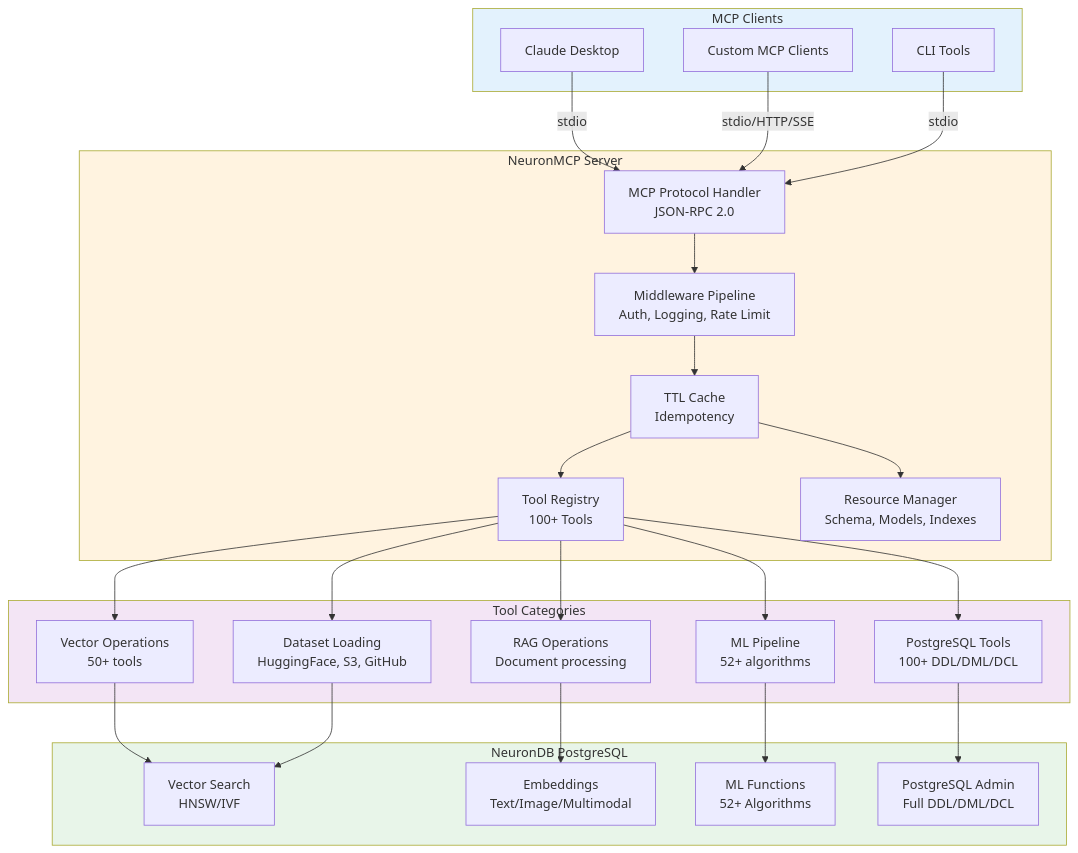
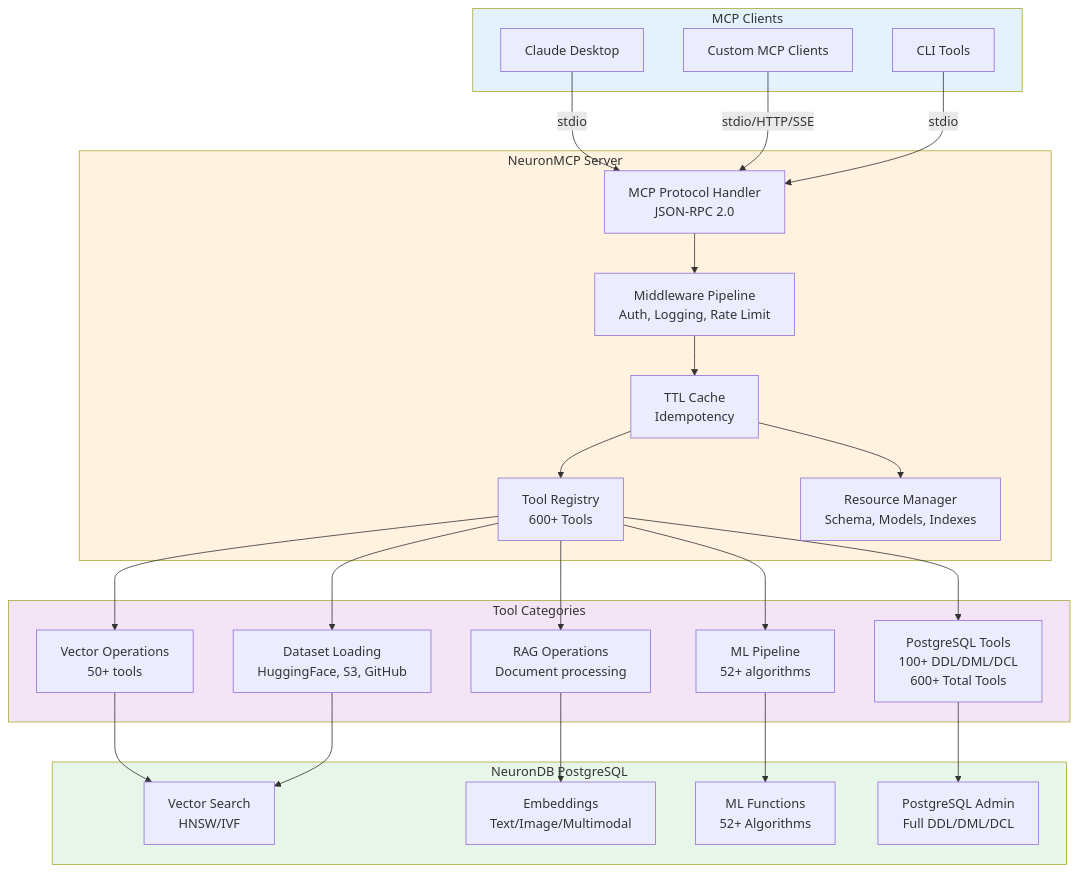
The first of 3 diagrams in NeuronMCP/README.md (neurondb/neurondb), drawn with Mermaid before and after one commit. The commit also changed other lines of this file and 18 other files, not shown here.

````diff
--- a/NeuronMCP/README.md
+++ b/NeuronMCP/README.md
@@ -183,57 +187,57 @@
 ```mermaid
 graph TB
     subgraph CLIENT["MCP Clients"]
         CLAUDE[Claude Desktop]
         CUSTOM[Custom MCP Clients]
         CLI[CLI Tools]
     end
     
     subgraph MCP["NeuronMCP Server"]
         PROTOCOL[MCP Protocol Handler<br/>JSON-RPC 2.0]
-        TOOLS[Tool Registry<br/>100+ Tools]
+        TOOLS[Tool Registry<br/>600+ Tools]
         RESOURCES[Resource Manager<br/>Schema, Models, Indexes]
         MIDDLEWARE[Middleware Pipeline<br/>Auth, Logging, Rate Limit]
         CACHE[TTL Cache<br/>Idempotency]
     end
     
     subgraph CATEGORIES["Tool Categories"]
         VEC[Vector Operations<br/>50+ tools]
         ML[ML Pipeline<br/>52+ algorithms]
         RAG[RAG Operations<br/>Document processing]
-        PG[PostgreSQL Tools<br/>100+ DDL/DML/DCL]
+        PG[PostgreSQL Tools<br/>100+ DDL/DML/DCL<br/>600+ Total Tools]
         DATASET[Dataset Loading<br/>HuggingFace, S3, GitHub]
     end
     
     subgraph DB["NeuronDB PostgreSQL"]
         VECTOR[Vector Search<br/>HNSW/IVF]
         EMBED[Embeddings<br/>Text/Image/Multimodal]
         ML_FUNC[ML Functions<br/>52+ Algorithms]
         ADMIN[PostgreSQL Admin<br/>Full DDL/DML/DCL]
     end
     
     CLAUDE -->|stdio| PROTOCOL
     CUSTOM -->|stdio/HTTP/SSE| PROTOCOL
     CLI -->|stdio| PROTOCOL
     
     PROTOCOL --> MIDDLEWARE
     MIDDLEWARE --> CACHE
     CACHE --> TOOLS
     CACHE --> RESOURCES
     
     TOOLS --> VEC
     TOOLS --> ML
     TOOLS --> RAG
     TOOLS --> PG
     TOOLS --> DATASET
     
     VEC --> VECTOR
     ML --> ML_FUNC
     RAG --> EMBED
     PG --> ADMIN
     DATASET --> VECTOR
     
     style CLIENT fill:#e3f2fd
     style MCP fill:#fff3e0
     style CATEGORIES fill:#f3e5f5
     style DB fill:#e8f5e9
 ```
````
